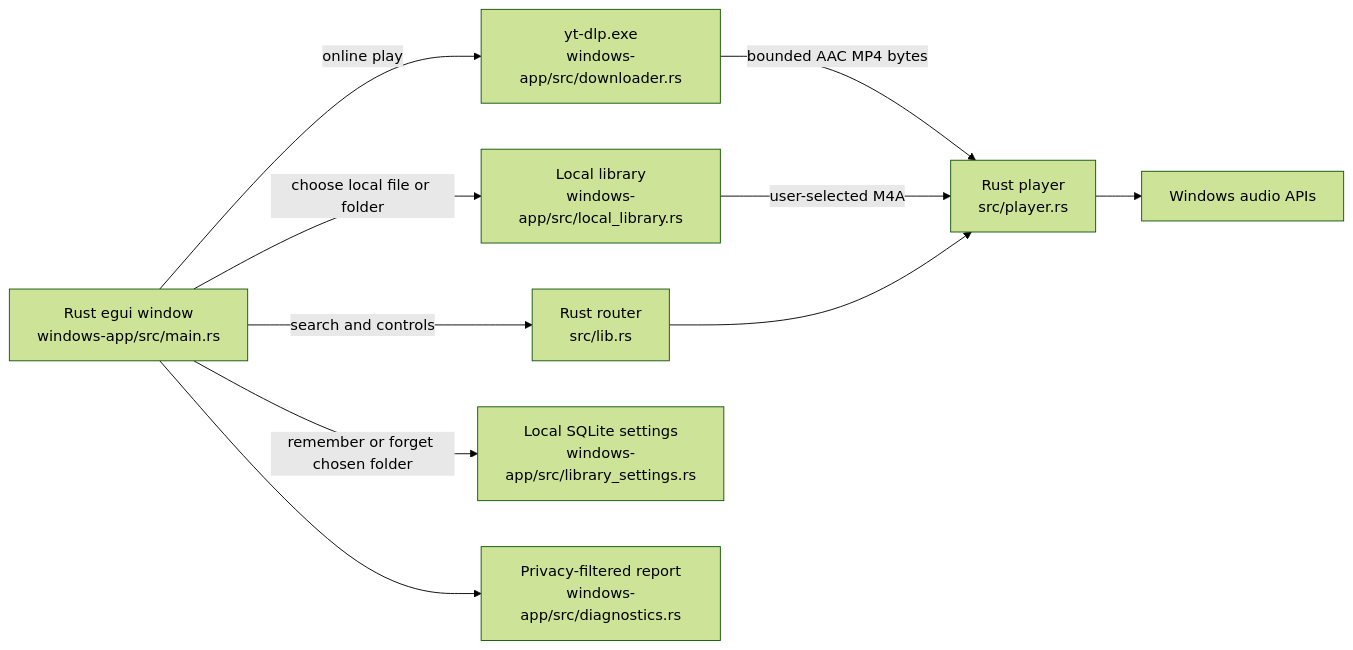
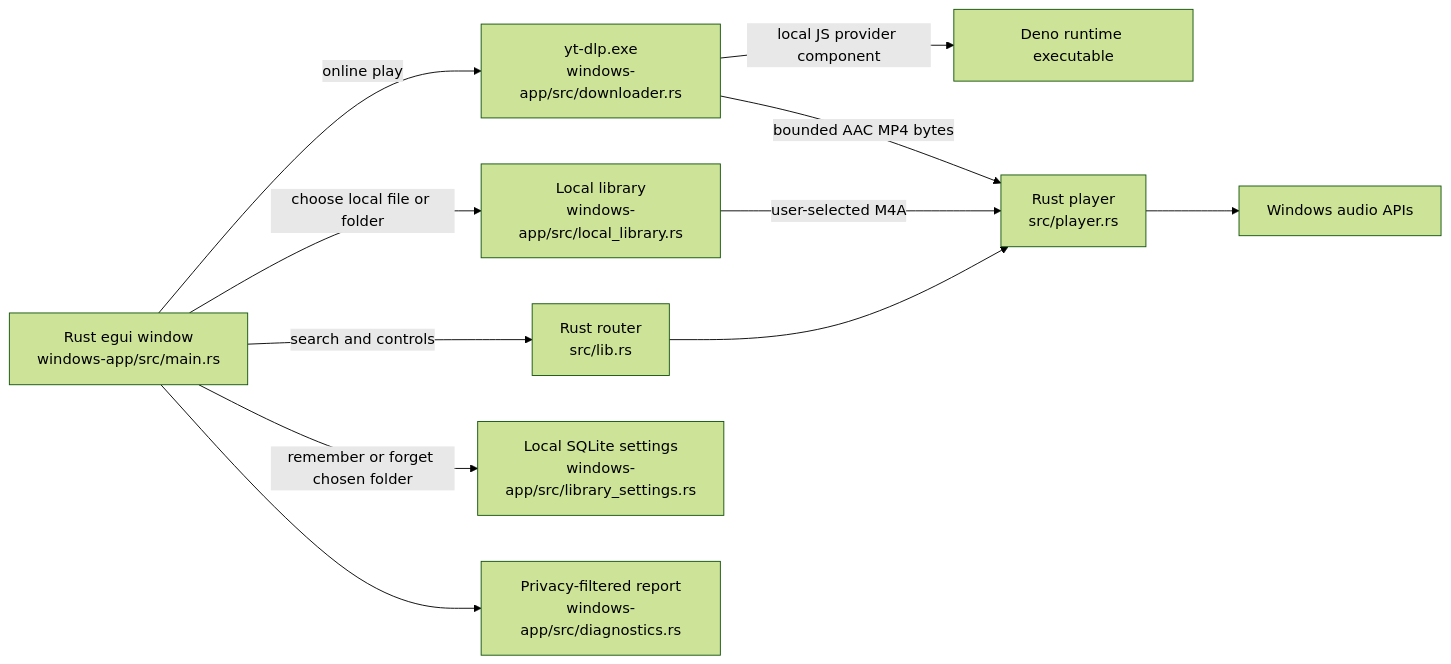
One commit to AfzalAshraf/ayshamusic changed the diagram in docs/WINDOWS_ARCHITECTURE.md. Above: the diagram before and after it, drawn with Mermaid (forest theme). The commit also changed other lines of this file and 7 other files, not shown here.

````diff
--- a/docs/WINDOWS_ARCHITECTURE.md
+++ b/docs/WINDOWS_ARCHITECTURE.md
@@ -5,12 +5,13 @@
 ```mermaid
 flowchart LR
   UI["Rust egui window\nwindows-app/src/main.rs"] -->|search and controls| Backend["Rust router\nsrc/lib.rs"]
   UI -->|online play| Download["yt-dlp.exe\nwindows-app/src/downloader.rs"]
+  Download -->|local JS provider component| JS["Deno runtime executable"]
   Download -->|bounded AAC MP4 bytes| Audio["Rust player\nsrc/player.rs"]
   UI -->|choose local file or folder| Library["Local library\nwindows-app/src/local_library.rs"]
   Library -->|user-selected M4A| Audio
   UI -->|remember or forget chosen folder| Settings["Local SQLite settings\nwindows-app/src/library_settings.rs"]
   UI --> Report["Privacy-filtered report\nwindows-app/src/diagnostics.rs"]
   Backend --> Audio
   Audio --> Windows["Windows audio APIs"]
 ```
````
